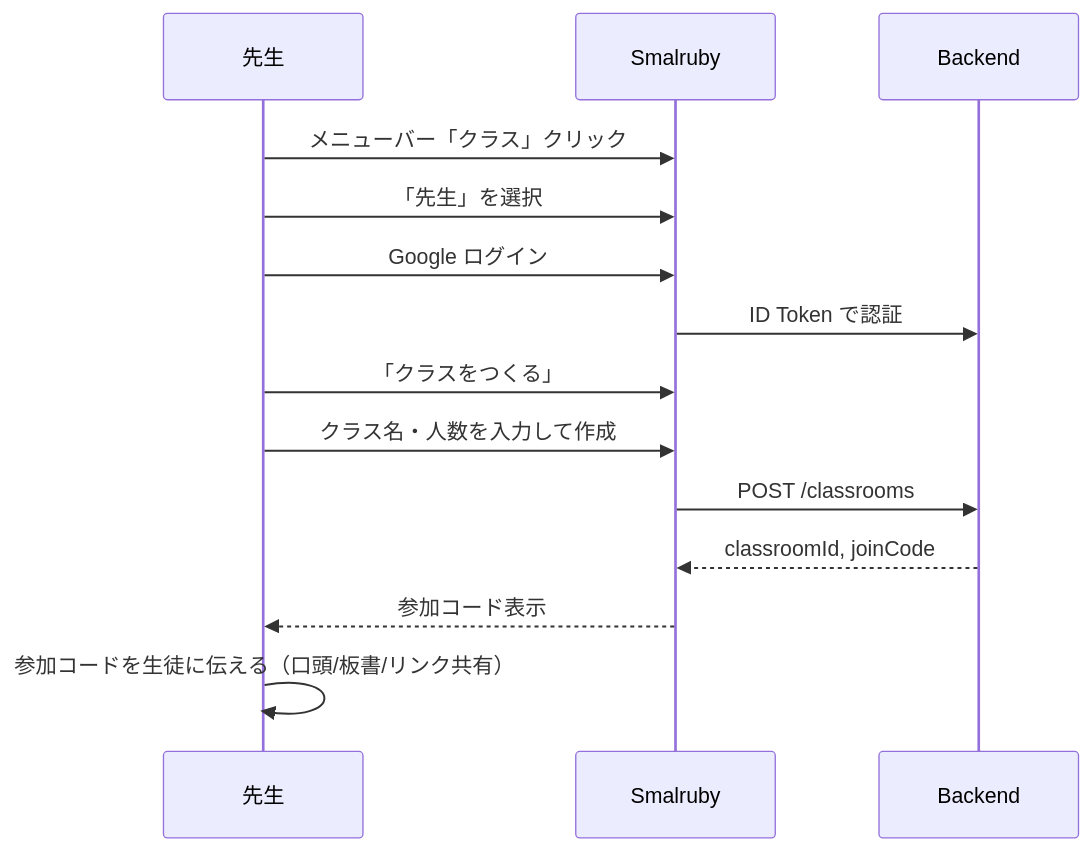
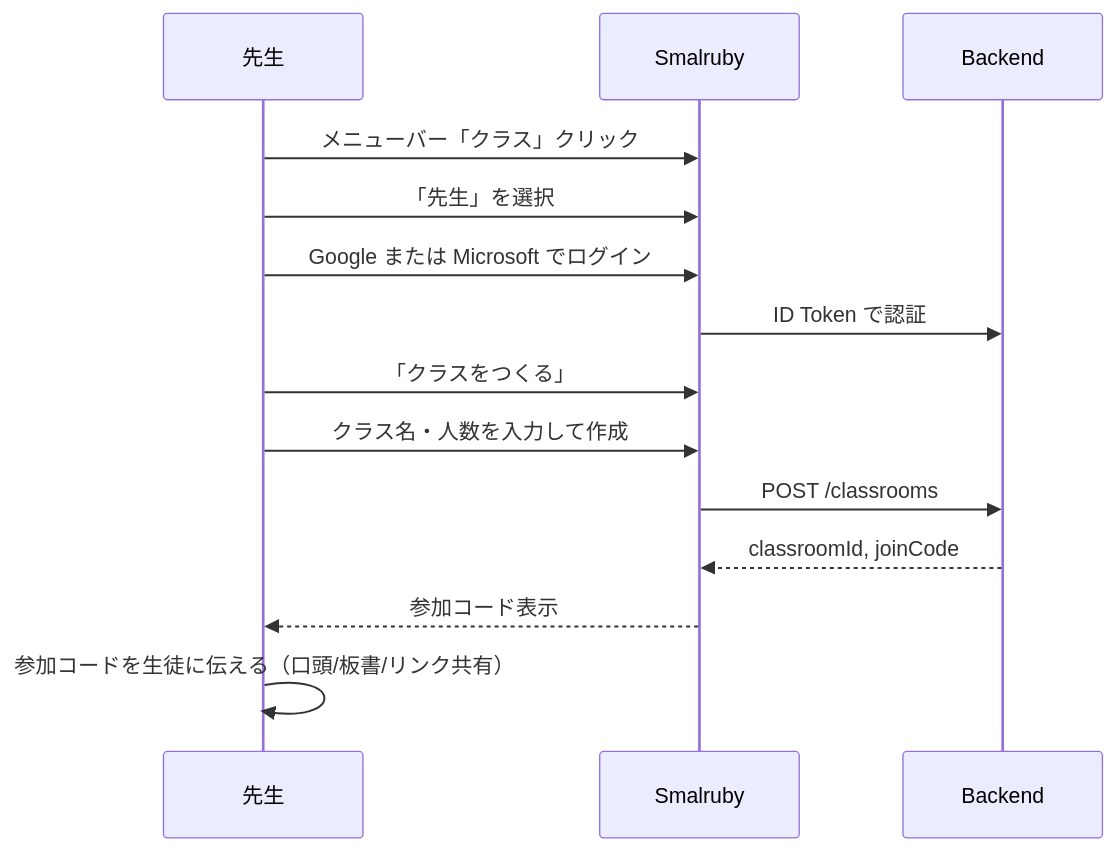
Before and after one commit to smalruby/smalruby3-editor: the first of 7 diagrams in docs/classroom/user-stories.md, drawn with Mermaid. The commit also changed other lines of this file and 7 other files, not shown here.

````diff
--- a/docs/classroom/user-stories.md
+++ b/docs/classroom/user-stories.md
@@ -27,17 +27,17 @@
 ```mermaid
 sequenceDiagram
     participant T as 先生
     participant UI as Smalruby
     participant API as Backend
 
     T->>UI: メニューバー「クラス」クリック
     T->>UI: 「先生」を選択
-    T->>UI: Google ログイン
+    T->>UI: Google または Microsoft でログイン
     UI->>API: ID Token で認証
     T->>UI: 「クラスをつくる」
     T->>UI: クラス名・人数を入力して作成
     UI->>API: POST /classrooms
     API-->>UI: classroomId, joinCode
     UI-->>T: 参加コード表示
     T->>T: 参加コードを生徒に伝える（口頭/板書/リンク共有）
 ```
````
